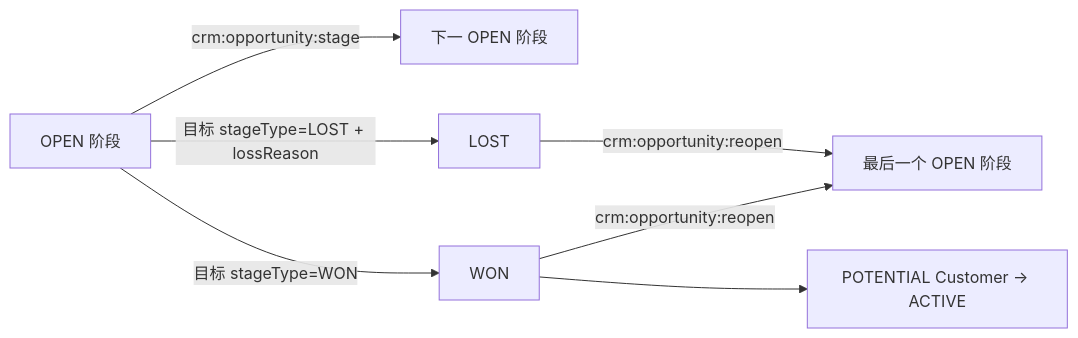
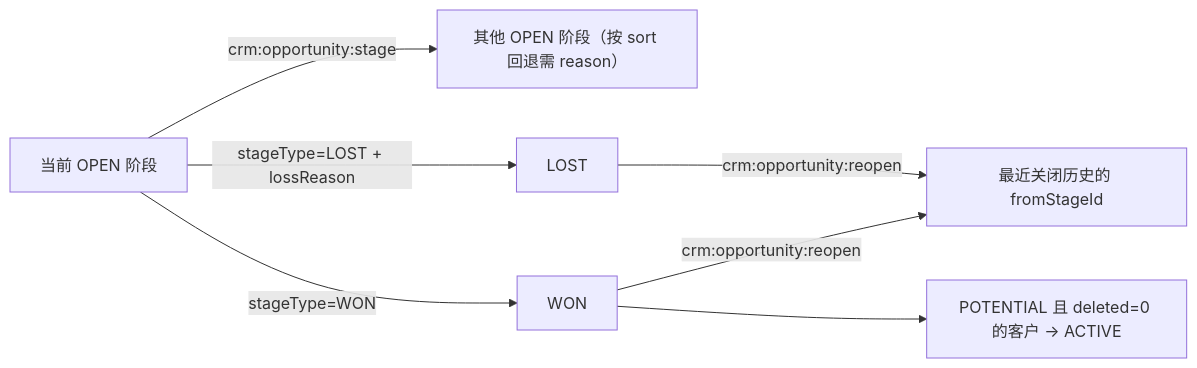
One commit to wang-baohai/Omni-Stack changed diagram 15 of 21 in docs/core-flows.md. Above: the diagram before and after it, drawn with Mermaid. The commit also changed other lines of this file and 1095 other files, not shown here.

````diff
--- a/docs/core-flows.md
+++ b/docs/core-flows.md
@@ -1576,9 +1301,9 @@
 ```mermaid
 flowchart LR
-    O["OPEN 阶段"] -->|"crm:opportunity:stage"| N["下一 OPEN 阶段"]
-    O -->|"目标 stageType=WON"| W["WON"]
-    O -->|"目标 stageType=LOST + lossReason"| L["LOST"]
-    W -->|"crm:opportunity:reopen"| R["最后一个 OPEN 阶段"]
+    O["当前 OPEN 阶段"] -->|"crm:opportunity:stage"| N["其他 OPEN 阶段（按 sort 回退需 reason）"]
+    O -->|"stageType=WON"| W["WON"]
+    O -->|"stageType=LOST + lossReason"| L["LOST"]
+    W -->|"crm:opportunity:reopen"| R["最近关闭历史的 fromStageId"]
     L -->|"crm:opportunity:reopen"| R
-    W --> C["POTENTIAL Customer → ACTIVE"]
+    W --> C["POTENTIAL 且 deleted=0 的客户 → ACTIVE"]
 ```
````
